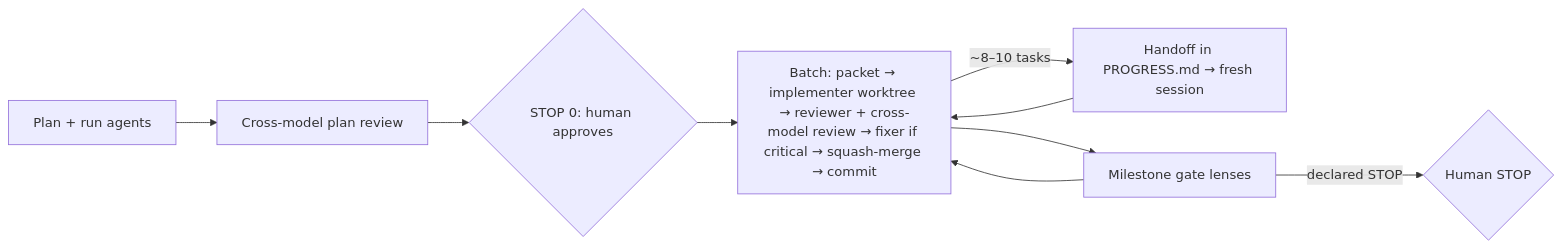
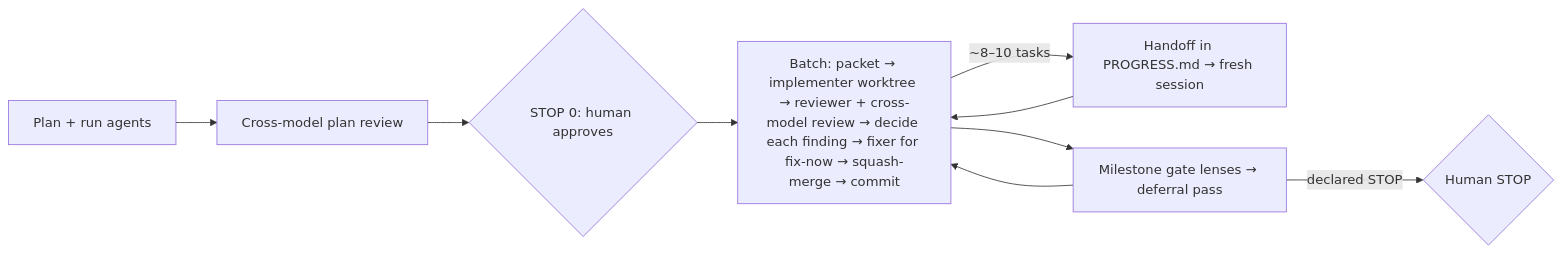
Before and after one commit to Aroton/ArchflowV2: the second of 2 diagrams in docs/workflow/SKILLS.md, drawn with Mermaid. The commit also changed other lines of this file and 4 other files, not shown here.

First line of the commit message:
Decide archflow-run findings by judgment and add a deferral pass

````diff
--- a/docs/workflow/SKILLS.md
+++ b/docs/workflow/SKILLS.md
@@ -164,11 +164,11 @@
 ```mermaid
 flowchart LR
   P[Plan + run agents] --> R0[Cross-model plan review]
   R0 --> S0{STOP 0: human approves}
-  S0 --> B[Batch: packet → implementer worktree → reviewer + cross-model review → fixer if critical → squash-merge → commit]
+  S0 --> B[Batch: packet → implementer worktree → reviewer + cross-model review → decide each finding → fixer for fix-now → squash-merge → commit]
   B -->|~8–10 tasks| H[Handoff in PROGRESS.md → fresh session]
   H --> B
-  B --> G[Milestone gate lenses]
+  B --> G[Milestone gate lenses → deferral pass]
   G -->|declared STOP| S1{Human STOP}
   G --> B
 ```
````
